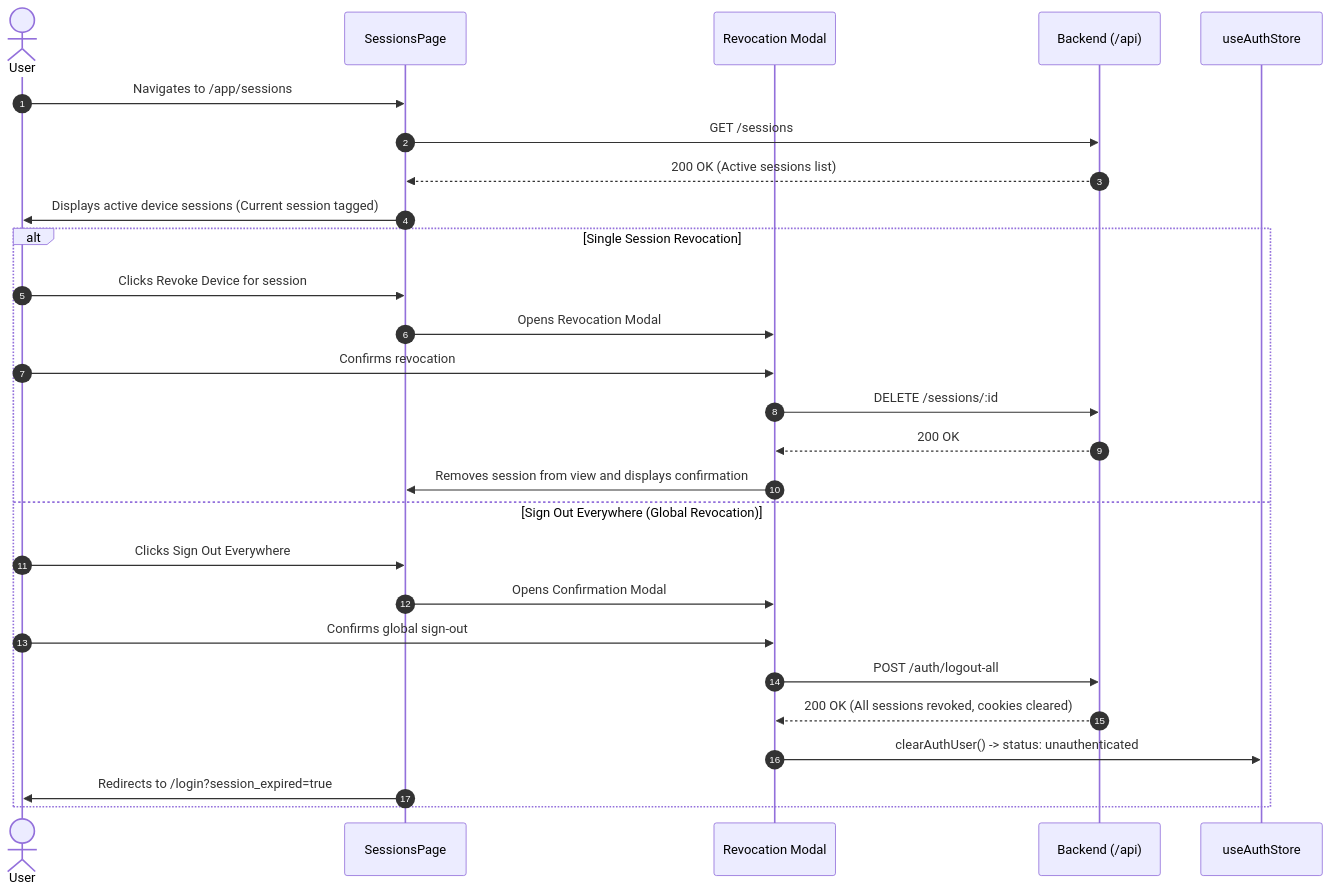
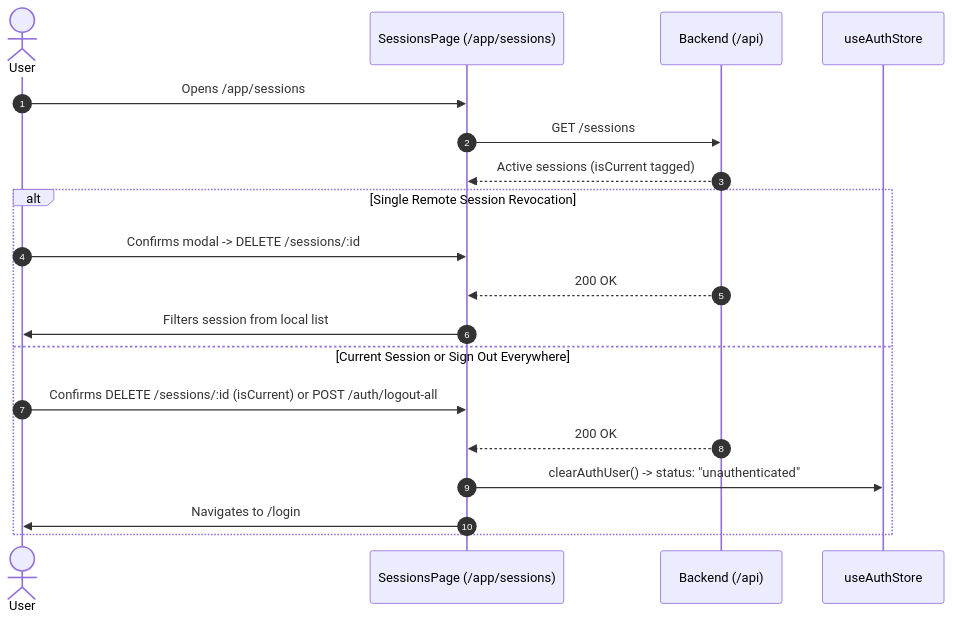
Before and after one commit to utkarshj014/authsphere: the seventh of 9 diagrams in docs/FRONTEND_ARCHITECTURE.md, drawn with Mermaid. The commit also changed other lines of this file and 5 other files, not shown here.

````diff
--- a/docs/FRONTEND_ARCHITECTURE.md
+++ b/docs/FRONTEND_ARCHITECTURE.md
@@ -368,31 +329,23 @@
 ```mermaid
 sequenceDiagram
     autonumber
     actor User
-    participant Page as SessionsPage
-    participant Modal as Revocation Modal
+    participant Page as SessionsPage (/app/sessions)
     participant API as Backend (/api)
     participant Store as useAuthStore
 
-    User->>Page: Navigates to /app/sessions
+    User->>Page: Opens /app/sessions
     Page->>API: GET /sessions
-    API-->>Page: 200 OK (Active sessions list)
-    Page->>User: Displays active device sessions (Current session tagged)
+    API-->>Page: Active sessions (isCurrent tagged)
 
-    alt Single Session Revocation
-        User->>Page: Clicks Revoke Device for session
-        Page->>Modal: Opens Revocation Modal
-        User->>Modal: Confirms revocation
-        Modal->>API: DELETE /sessions/:id
-        API-->>Modal: 200 OK
-        Modal->>Page: Removes session from view and displays confirmation
-    else Sign Out Everywhere (Global Revocation)
-        User->>Page: Clicks Sign Out Everywhere
-        Page->>Modal: Opens Confirmation Modal
-        User->>Modal: Confirms global sign-out
-        Modal->>API: POST /auth/logout-all
-        API-->>Modal: 200 OK (All sessions revoked, cookies cleared)
-        Modal->>Store: clearAuthUser() -> status: unauthenticated
-        Page->>User: Redirects to /login?session_expired=true
+    alt Single Remote Session Revocation
+        User->>Page: Confirms modal -> DELETE /sessions/:id
+        API-->>Page: 200 OK
+        Page->>User: Filters session from local list
+    else Current Session or Sign Out Everywhere
+        User->>Page: Confirms DELETE /sessions/:id (isCurrent) or POST /auth/logout-all
+        API-->>Page: 200 OK
+        Page->>Store: clearAuthUser() -> status: "unauthenticated"
+        Page->>User: Navigates to /login
     end
 ```
````
